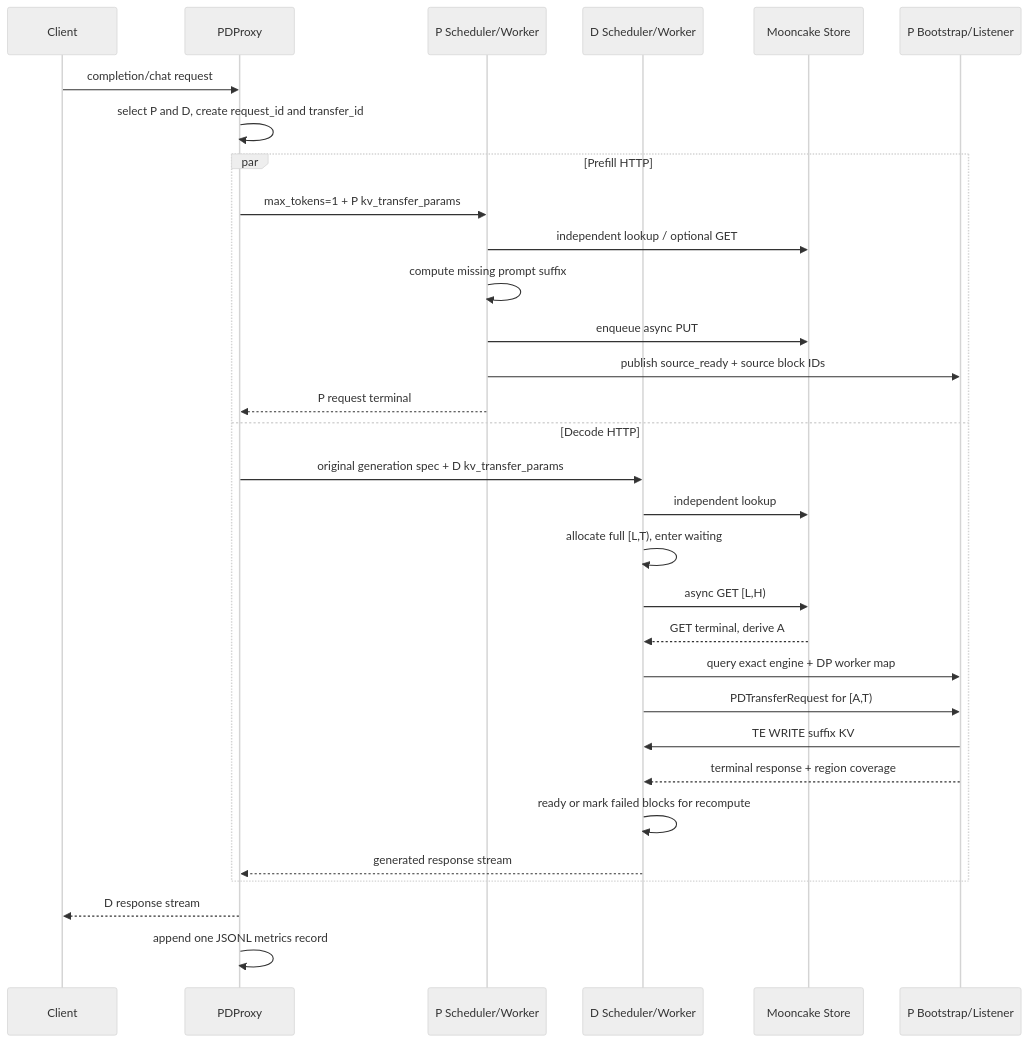
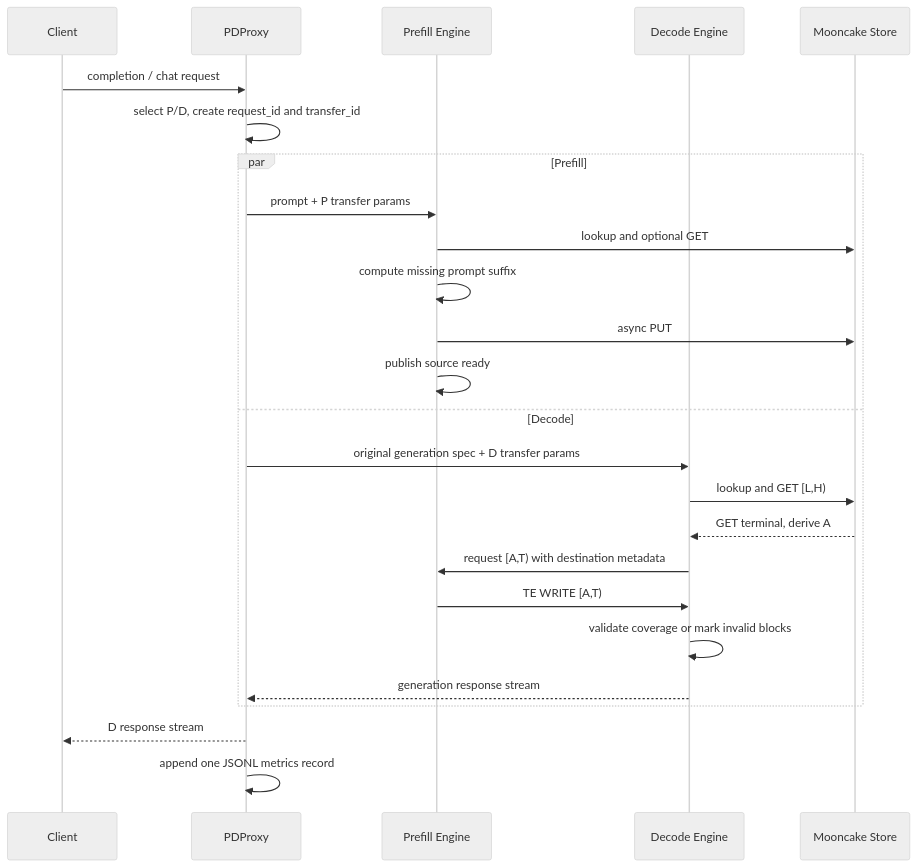
One commit to WangSu-X/MTSC changed the third of 3 diagrams in docs/design/S00-整体设计.md. Above: the diagram before and after it, drawn with Mermaid (neutral theme). The commit also changed other lines of this file and 5 other files, not shown here.

````diff
--- a/docs/design/S00-整体设计.md
+++ b/docs/design/S00-整体设计.md
@@ -433,34 +185,28 @@
 ```mermaid
 sequenceDiagram
     participant C as Client
     participant X as PDProxy
-    participant PS as P Scheduler/Worker
-    participant DS as D Scheduler/Worker
+    participant P as Prefill Engine
+    participant D as Decode Engine
     participant S as Mooncake Store
-    participant B as P Bootstrap/Listener
 
-    C->>X: completion/chat request
-    X->>X: select P and D, create request_id and transfer_id
-    par Prefill HTTP
-        X->>PS: max_tokens=1 + P kv_transfer_params
-        PS->>S: independent lookup / optional GET
-        PS->>PS: compute missing prompt suffix
-        PS->>S: enqueue async PUT
-        PS->>B: publish source_ready + source block IDs
-        PS-->>X: P request terminal
-    and Decode HTTP
-        X->>DS: original generation spec + D kv_transfer_params
-        DS->>S: independent lookup
-        DS->>DS: allocate full [L,T), enter waiting
-        DS->>S: async GET [L,H)
-        S-->>DS: GET terminal, derive A
-        DS->>B: query exact engine + DP worker map
-        DS->>B: PDTransferRequest for [A,T)
-        B->>DS: TE WRITE suffix KV
-        B-->>DS: terminal response + region coverage
-        DS->>DS: ready or mark failed blocks for recompute
-        DS-->>X: generated response stream
+    C->>X: completion / chat request
+    X->>X: select P/D, create request_id and transfer_id
+    par Prefill
+        X->>P: prompt + P transfer params
+        P->>S: lookup and optional GET
+        P->>P: compute missing prompt suffix
+        P->>S: async PUT
+        P->>P: publish source ready
+    and Decode
+        X->>D: original generation spec + D transfer params
+        D->>S: lookup and GET [L,H)
+        S-->>D: GET terminal, derive A
+        D->>P: request [A,T) with destination metadata
+        P->>D: TE WRITE [A,T)
+        D->>D: validate coverage or mark invalid blocks
+        D-->>X: generation response stream
     end
     X-->>C: D response stream
     X->>X: append one JSONL metrics record
 ```
````
